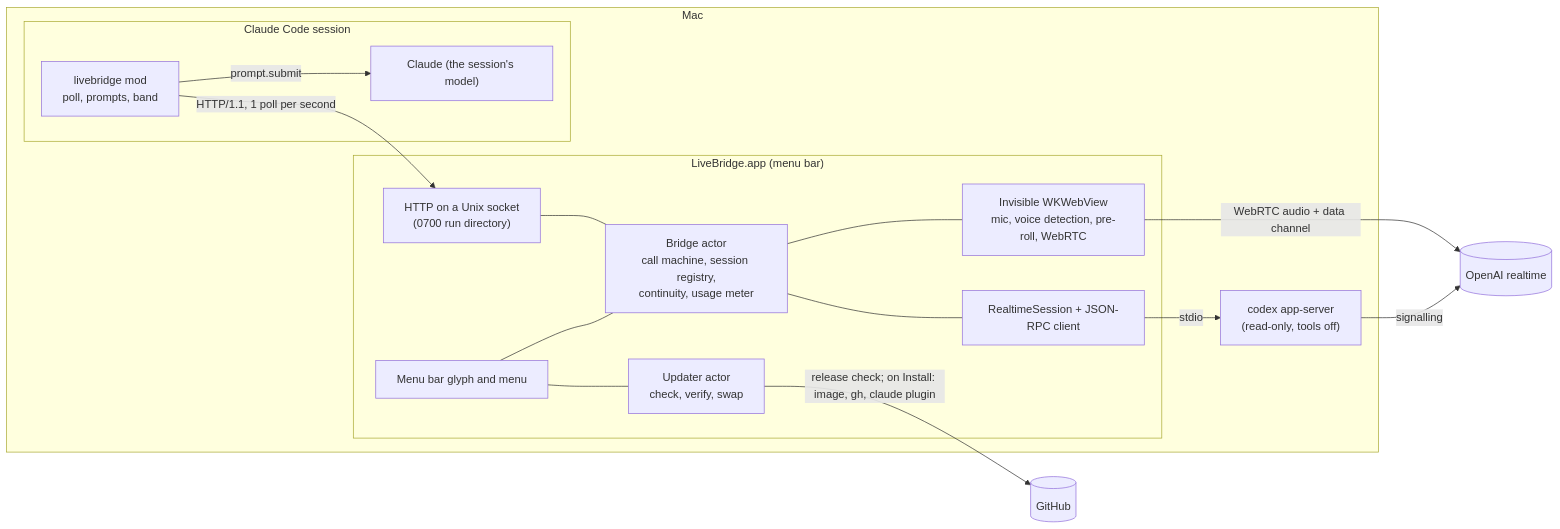
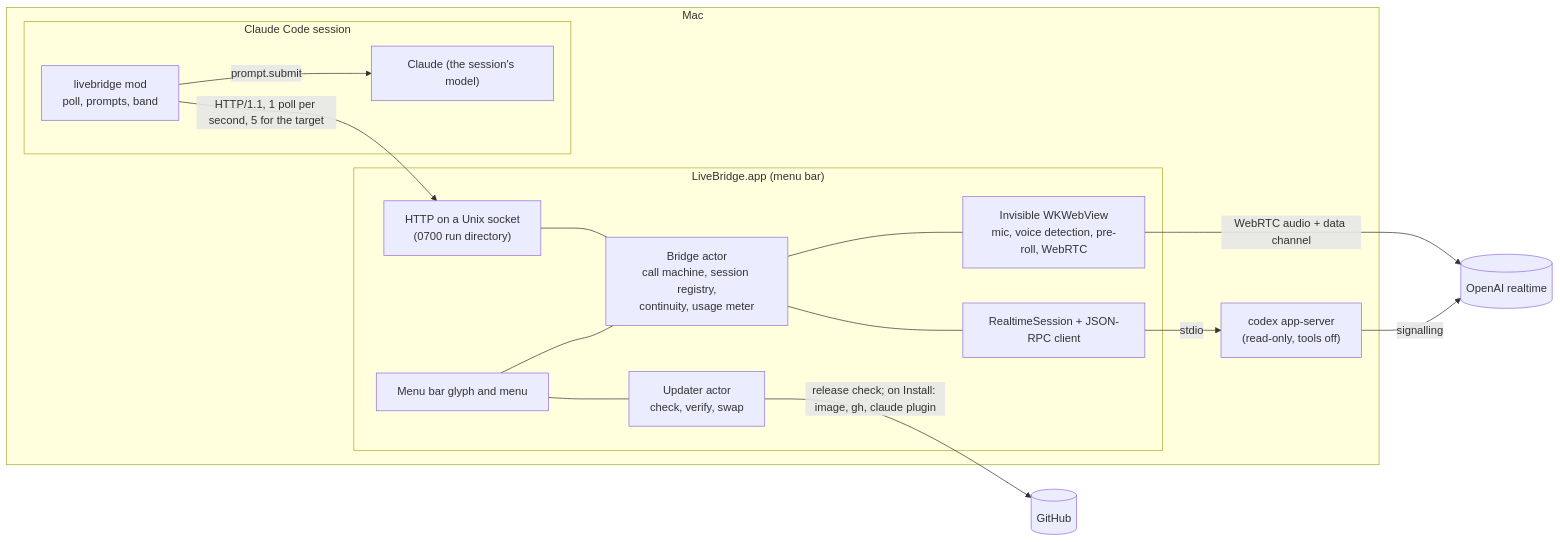
One commit to Nezhinskiy/claude-gpt-live-bridge changed the first of 8 diagrams in docs/architecture/overview.md. Above: the diagram before and after it, drawn with Mermaid. The commit also changed other lines of this file and 8 other files, not shown here.

Commit message:
feat(mod): poll five times a second while this session is the target

````diff
--- a/docs/architecture/overview.md
+++ b/docs/architecture/overview.md
@@ -10,31 +10,31 @@
 ```mermaid
 flowchart LR
   subgraph Mac
     subgraph App["LiveBridge.app (menu bar)"]
       UI["Menu bar glyph and menu"]
       Bridge["Bridge actor<br/>call machine, session registry,<br/>continuity, usage meter"]
       Server["HTTP on a Unix socket<br/>(0700 run directory)"]
       Codex["RealtimeSession + JSON-RPC client"]
       Audio["Invisible WKWebView<br/>mic, voice detection, pre-roll, WebRTC"]
       Updater["Updater actor<br/>check, verify, swap"]
     end
     CodexProc["codex app-server<br/>(read-only, tools off)"]
     subgraph Engine["Claude Code session"]
       Mod["livebridge mod<br/>poll, prompts, band"]
       Claude["Claude (the session's model)"]
     end
   end
   OpenAI[("OpenAI realtime")]
   GitHub[("GitHub")]
   UI --- Bridge
   UI --- Updater
   Updater -- "release check; on Install: image, gh, claude plugin" --> GitHub
   Server --- Bridge
   Bridge --- Codex
   Bridge --- Audio
   Codex -- stdio --> CodexProc
   CodexProc -- signalling --> OpenAI
   Audio -- "WebRTC audio + data channel" --> OpenAI
-  Mod -- "HTTP/1.1, 1 poll per second" --> Server
+  Mod -- "HTTP/1.1, 1 poll per second, 5 for the target" --> Server
   Mod -- "prompt.submit" --> Claude
 ```
````
